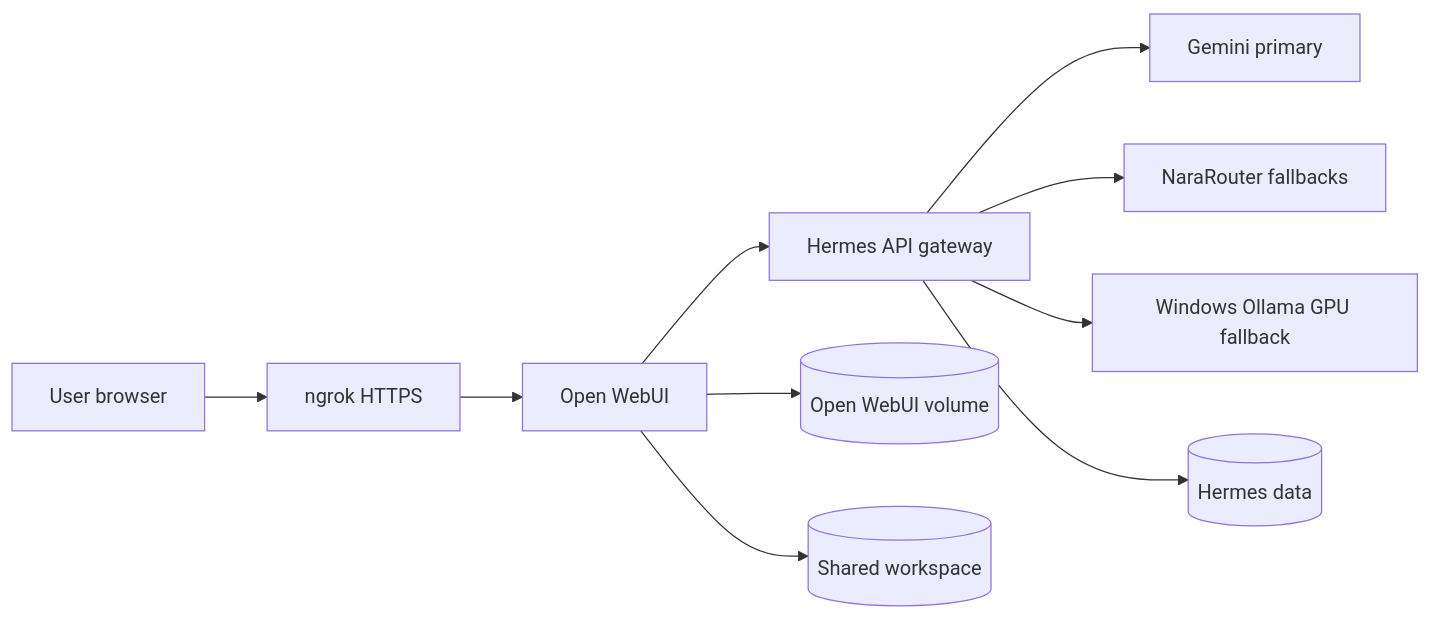
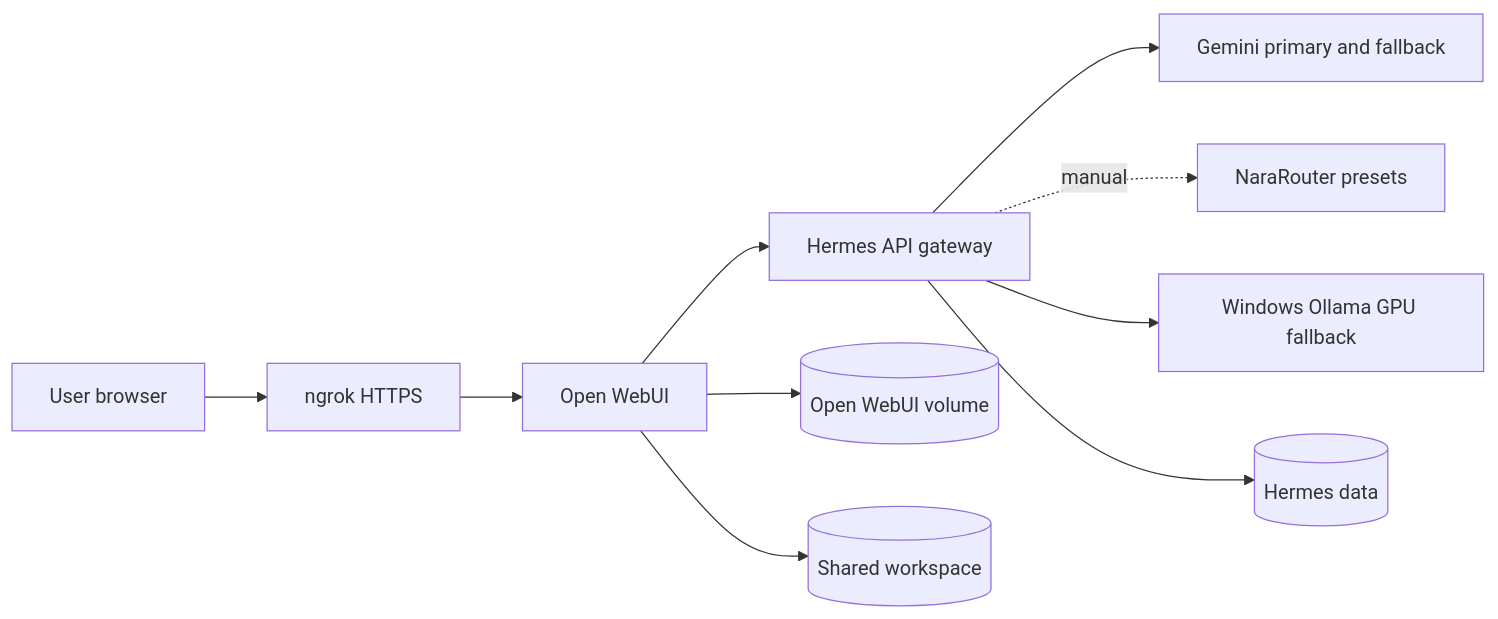
Before and after one commit to ahmed-el-mahdy/hermes-ngrok-automation: the diagram in docs/IMPLEMENTATION_PLAN.md, drawn with Mermaid. The commit also changed other lines of this file and 7 other files, not shown here.

````diff
--- a/docs/IMPLEMENTATION_PLAN.md
+++ b/docs/IMPLEMENTATION_PLAN.md
@@ -9,12 +9,12 @@
 ```mermaid
 flowchart LR
   U[User browser] --> N[ngrok HTTPS]
   N --> W[Open WebUI]
   W --> H[Hermes API gateway]
-  H --> G[Gemini primary]
-  H --> R[NaraRouter fallbacks]
+  H --> G[Gemini primary and fallback]
+  H -. manual .-> R[NaraRouter presets]
   H --> O[Windows Ollama GPU fallback]
   W --> D[(Open WebUI volume)]
   H --> C[(Hermes data)]
   W --> S[(Shared workspace)]
 ```
````
